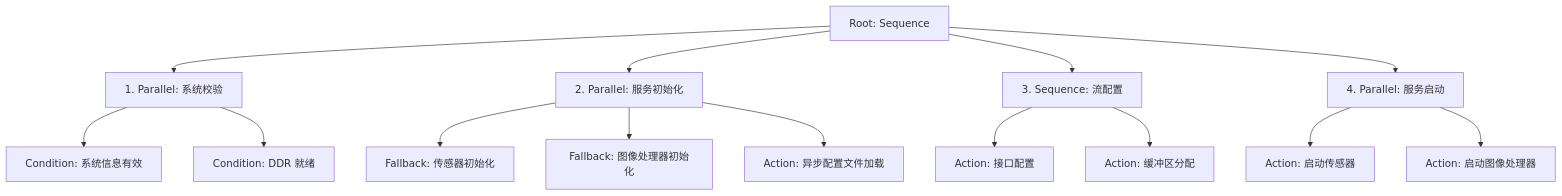
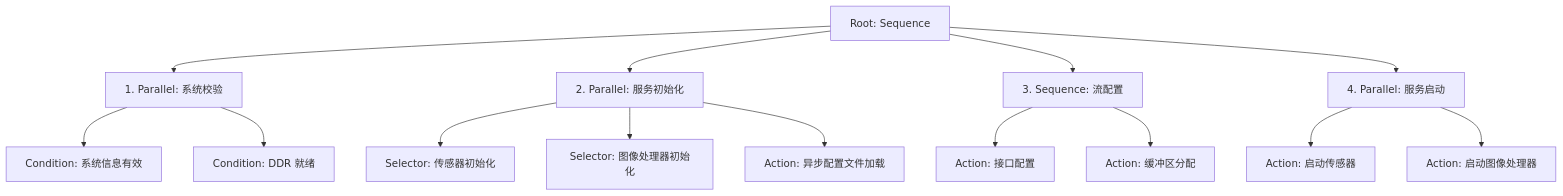
The first of 2 diagrams in content/posts/practice/behavior_tree_tick_mechanism.md (DeguiLiu/tech-notes), drawn with Mermaid before and after one commit. The commit also changed other lines of this file, not shown here.

````diff
--- a/content/posts/practice/behavior_tree_tick_mechanism.md
+++ b/content/posts/practice/behavior_tree_tick_mechanism.md
@@ -186,20 +353,20 @@
 ```mermaid
 graph TD
     A[Root: Sequence] --> B[1. Parallel: 系统校验]
     A --> C[2. Parallel: 服务初始化]
     A --> D[3. Sequence: 流配置]
     A --> E[4. Parallel: 服务启动]
 
     B --> B1[Condition: 系统信息有效]
     B --> B2[Condition: DDR 就绪]
 
-    C --> C1[Fallback: 传感器初始化]
-    C --> C2[Fallback: 图像处理器初始化]
+    C --> C1[Selector: 传感器初始化]
+    C --> C2[Selector: 图像处理器初始化]
     C --> C3[Action: 异步配置文件加载]
 
     D --> D1[Action: 接口配置]
     D --> D2[Action: 缓冲区分配]
 
     E --> E1[Action: 启动传感器]
     E --> E2[Action: 启动图像处理器]
 ```
````
